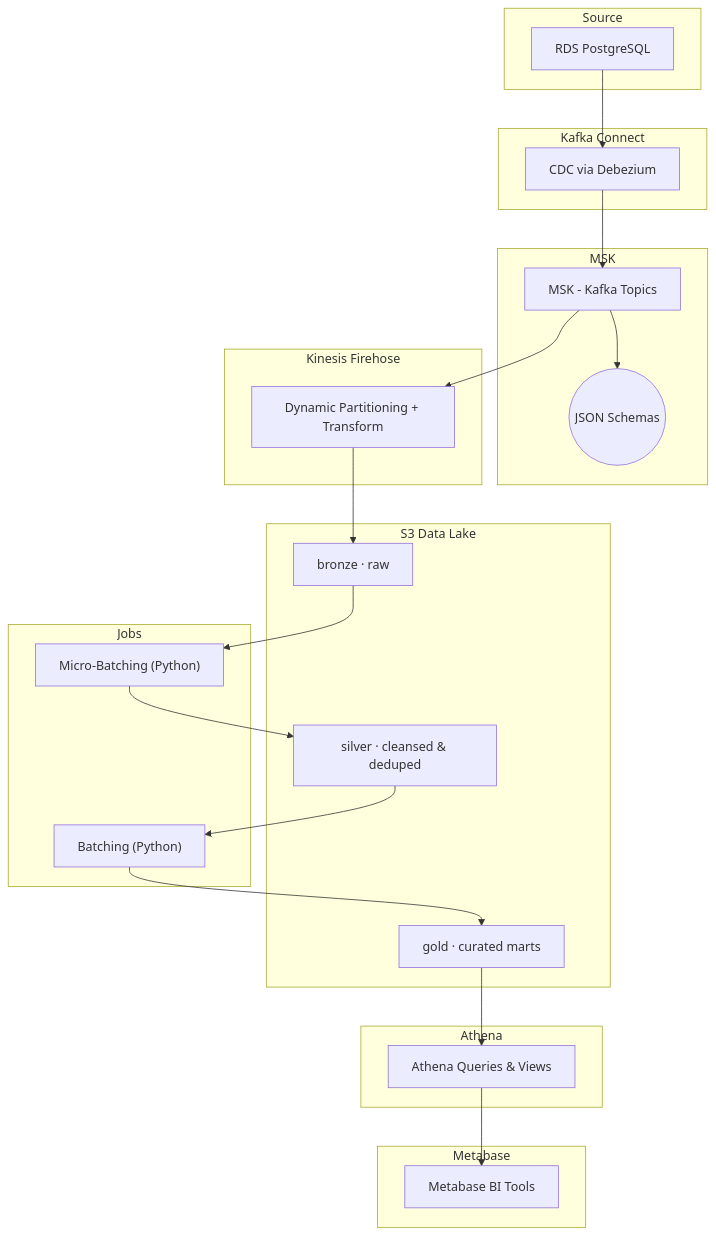
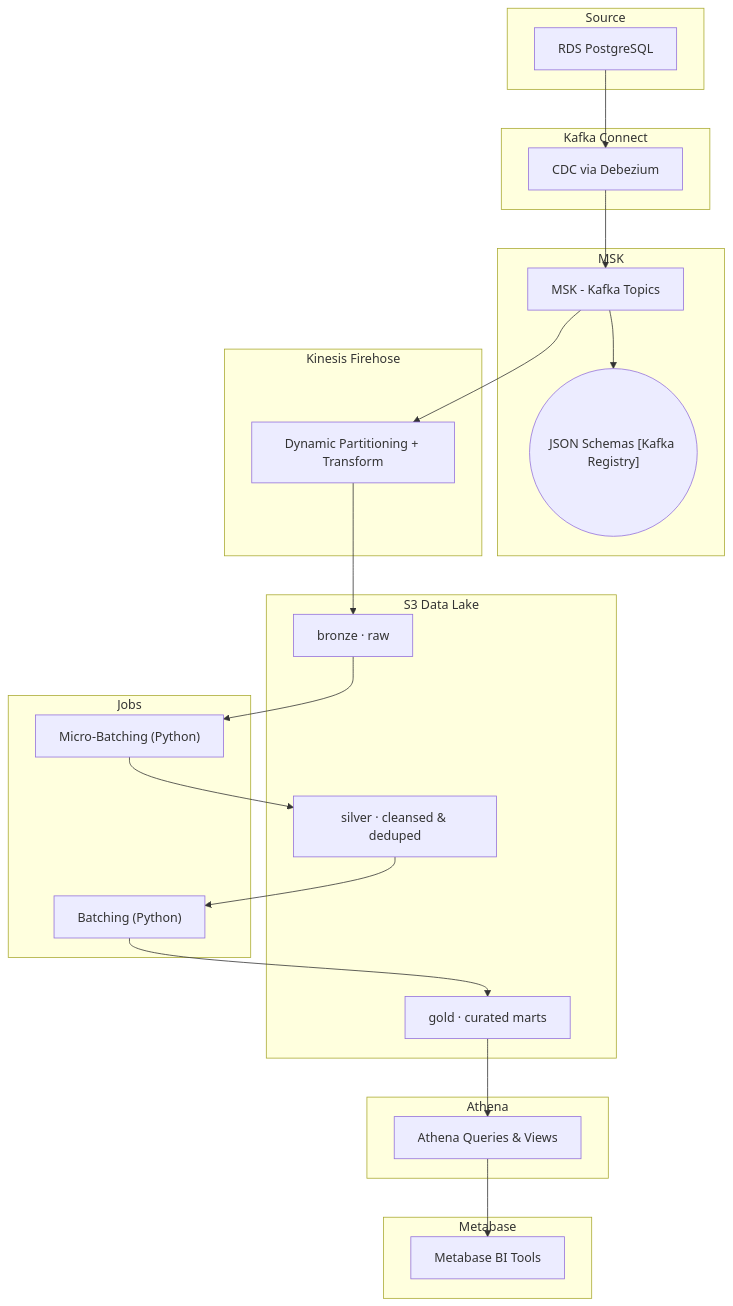
One commit to rudy-prietno/streamlake changed the diagram in README.md. Above: the diagram before and after it, drawn with Mermaid.

````diff
--- a/README.md
+++ b/README.md
@@ -7,54 +7,54 @@
 ```mermaid
 flowchart TD
   %% Source
   subgraph Source
     A["RDS PostgreSQL"]
   end
 
   %% Kafka Connect
   subgraph KafkaConnect["Kafka Connect"]
     B["CDC via Debezium"]
   end
 
   %% MSK
   subgraph MSK
     C["MSK - Kafka Topics"]
-    Cnote(("JSON Schemas"))
+    Cnote(("JSON Schemas [Kafka Registry]"))
   end
 
   %% Firehose
   subgraph Firehose["Kinesis Firehose"]
     D["Dynamic Partitioning + Transform"]
   end
 
   %% S3 Data Lake
   subgraph S3["S3 Data Lake"]
     E["bronze · raw"]
     F["silver · cleansed & deduped"]
     G["gold · curated marts"]
   end
 
   %% Jobs
   subgraph Jobs
     H["Micro-Batching (Python)"]
     I["Batching (Python)"]
   end
 
   %% Athena
   subgraph Athena
     J["Athena Queries & Views"]
   end
 
 
   %% Metabase
   subgraph Metabase
     K["Metabase BI Tools"]
   end
 
   A --> B --> C --> D --> E
   C --> Cnote
   E --> H --> F
   F --> I --> G
   G --> J
   J --> K
 ```
````
